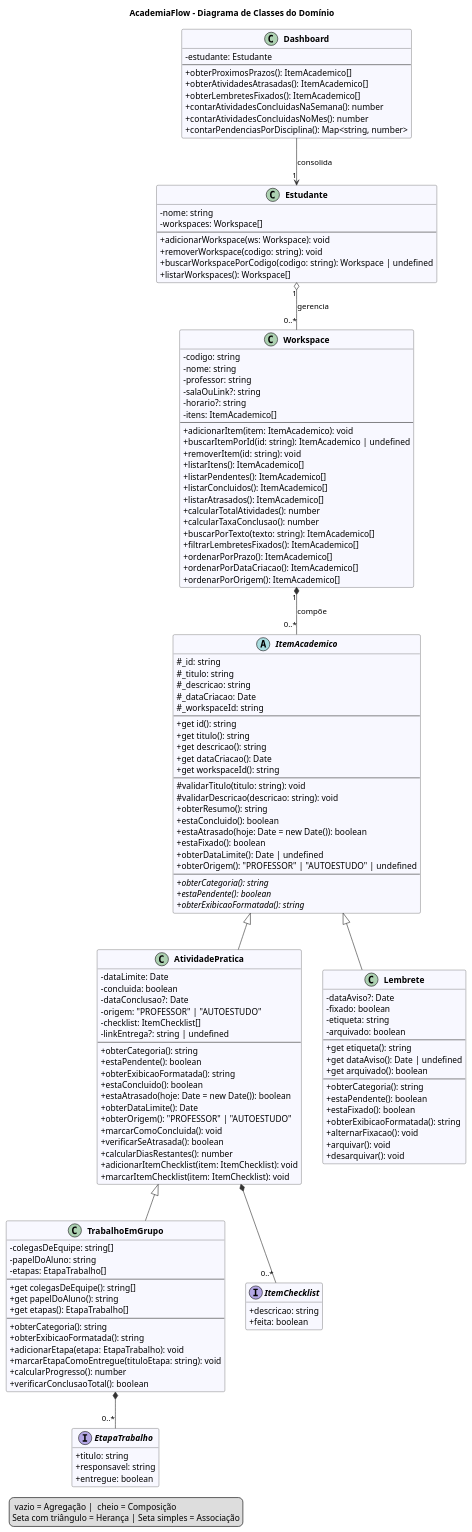
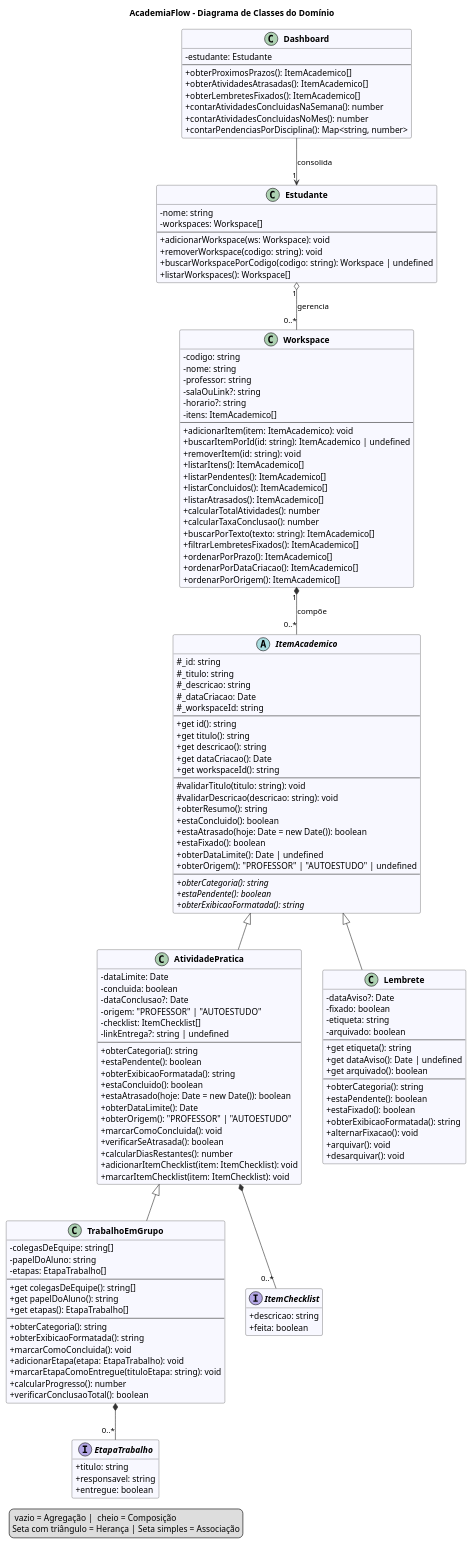
The diagram in docs/diagrama.puml (ElryanGomes/OrganizadorAcademico), drawn with PlantUML before and after one commit. The commit also changed 2 other files, not shown here.

```diff
--- a/docs/diagrama.puml
+++ b/docs/diagrama.puml
@@ -1,172 +1,173 @@
 @startuml
 title AcademiaFlow - Diagrama de Classes do Domínio
 
 skinparam classAttributeIconSize 0
 skinparam shadowing false
 skinparam classFontStyle bold
 skinparam ArrowColor #333333
 skinparam class {
   BackgroundColor #F8F8FF
   BorderColor #333333
 }
 hide empty members
 
 class Estudante {
   - nome: string
   - workspaces: Workspace[]
   --
   + adicionarWorkspace(ws: Workspace): void
   + removerWorkspace(codigo: string): void
   + buscarWorkspacePorCodigo(codigo: string): Workspace | undefined
   + listarWorkspaces(): Workspace[]
 }
 
 class Workspace {
   - codigo: string
   - nome: string
   - professor: string
   - salaOuLink?: string
   - horario?: string
   - itens: ItemAcademico[]
   --
   + adicionarItem(item: ItemAcademico): void
   + buscarItemPorId(id: string): ItemAcademico | undefined
   + removerItem(id: string): void
   + listarItens(): ItemAcademico[]
   + listarPendentes(): ItemAcademico[]
   + listarConcluidos(): ItemAcademico[]
   + listarAtrasados(): ItemAcademico[]
   + calcularTotalAtividades(): number
   + calcularTaxaConclusao(): number
   + buscarPorTexto(texto: string): ItemAcademico[]
   + filtrarLembretesFixados(): ItemAcademico[]
   + ordenarPorPrazo(): ItemAcademico[]
   + ordenarPorDataCriacao(): ItemAcademico[]
   + ordenarPorOrigem(): ItemAcademico[]
 }
 
 abstract class ItemAcademico {
   # _id: string
   # _titulo: string
   # _descricao: string
   # _dataCriacao: Date
   # _workspaceId: string
   --
   + get id(): string
   + get titulo(): string
   + get descricao(): string
   + get dataCriacao(): Date
   + get workspaceId(): string
   --
   # validarTitulo(titulo: string): void
   # validarDescricao(descricao: string): void
   + obterResumo(): string
   + estaConcluido(): boolean
   + estaAtrasado(hoje: Date = new Date()): boolean
   + estaFixado(): boolean
   + obterDataLimite(): Date | undefined
   + obterOrigem(): "PROFESSOR" | "AUTOESTUDO" | undefined
   --
   + {abstract} obterCategoria(): string
   + {abstract} estaPendente(): boolean
   + {abstract} obterExibicaoFormatada(): string
 }
 
 class AtividadePratica {
   - dataLimite: Date
   - concluida: boolean
   - dataConclusao?: Date
   - origem: "PROFESSOR" | "AUTOESTUDO"
   - checklist: ItemChecklist[]
   - linkEntrega?: string | undefined
   --
   + obterCategoria(): string
   + estaPendente(): boolean
   + obterExibicaoFormatada(): string
   + estaConcluido(): boolean
   + estaAtrasado(hoje: Date = new Date()): boolean
   + obterDataLimite(): Date
   + obterOrigem(): "PROFESSOR" | "AUTOESTUDO"
   + marcarComoConcluida(): void
   + verificarSeAtrasada(): boolean
   + calcularDiasRestantes(): number
   + adicionarItemChecklist(item: ItemChecklist): void
   + marcarItemChecklist(item: ItemChecklist): void
 }
 
 class TrabalhoEmGrupo {
   - colegasDeEquipe: string[]
   - papelDoAluno: string
   - etapas: EtapaTrabalho[]
   --
   + get colegasDeEquipe(): string[]
   + get papelDoAluno(): string
   + get etapas(): EtapaTrabalho[]
   --
   + obterCategoria(): string
   + obterExibicaoFormatada(): string
+  + marcarComoConcluida(): void
   + adicionarEtapa(etapa: EtapaTrabalho): void
   + marcarEtapaComoEntregue(tituloEtapa: string): void
   + calcularProgresso(): number
   + verificarConclusaoTotal(): boolean
 }
 
 class Lembrete {
   - dataAviso?: Date
   - fixado: boolean
   - etiqueta: string
   - arquivado: boolean
   --
   + get etiqueta(): string
   + get dataAviso(): Date | undefined
   + get arquivado(): boolean
   --
   + obterCategoria(): string
   + estaPendente(): boolean
   + estaFixado(): boolean
   + obterExibicaoFormatada(): string
   + alternarFixacao(): void
   + arquivar(): void
   + desarquivar(): void
 }
 
 interface ItemChecklist {
   + descricao: string
   + feita: boolean
 }
 
 interface EtapaTrabalho {
   + titulo: string
   + responsavel: string
   + entregue: boolean
 }
 
 class Dashboard {
   - estudante: Estudante
   --
   + obterProximosPrazos(): ItemAcademico[]
   + obterAtividadesAtrasadas(): ItemAcademico[]
   + obterLembretesFixados(): ItemAcademico[]
   + contarAtividadesConcluidasNaSemana(): number
   + contarAtividadesConcluidasNoMes(): number
   + contarPendenciasPorDisciplina(): Map<string, number>
 }
 
 ' Relacionamentos
 Estudante "1" o-- "0..*" Workspace : gerencia
 Workspace "1" *-- "0..*" ItemAcademico : compõe
 
 ItemAcademico <|-- AtividadePratica
 AtividadePratica <|-- TrabalhoEmGrupo
 ItemAcademico <|-- Lembrete
 
 AtividadePratica *-- "0..*" ItemChecklist
 TrabalhoEmGrupo *-- "0..*" EtapaTrabalho
 
 Dashboard --> "1" Estudante : consolida
 
 legend bottom left
   <&diamond> vazio = Agregação | <&diamond> cheio = Composição
   Seta com triângulo = Herança | Seta simples = Associação
 endlegend
 @enduml
```
